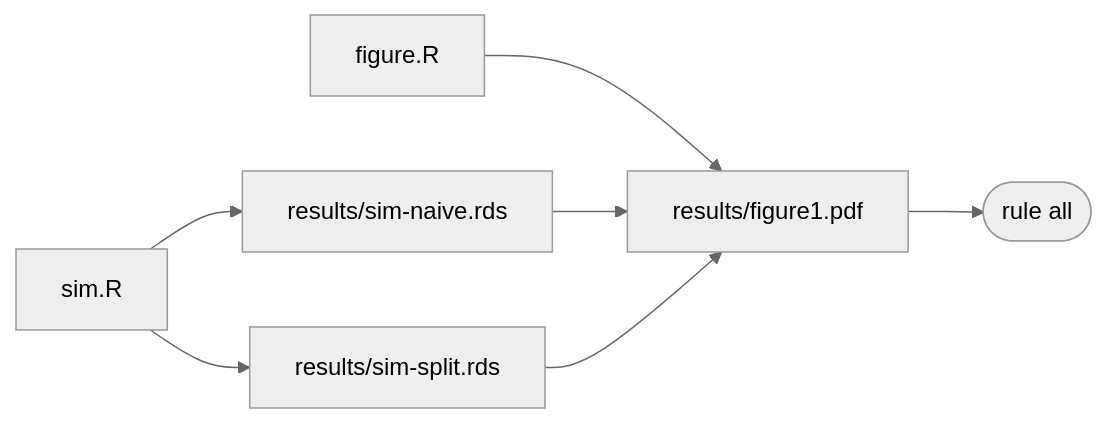
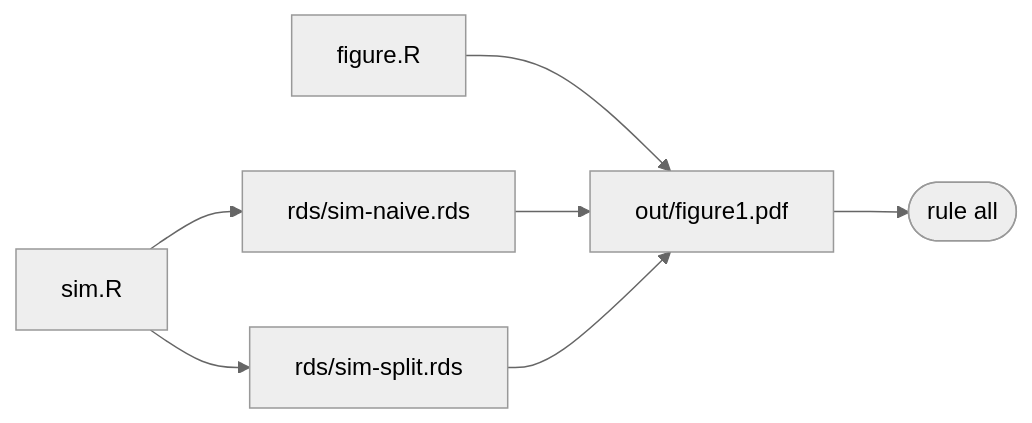
The diagram in 02-first-snakefile.qmd (lharris421/snakemake-tutorial), drawn with Mermaid (neutral theme) before and after one commit. The commit also changed other lines of this file and 63 other files, not shown here.

First line of the commit message:
Split each project's results into rds/ and out/

````diff
--- a/02-first-snakefile.qmd
+++ b/02-first-snakefile.qmd
@@ -69,10 +69,10 @@
 ```{mermaid}
 %%| fig-align: center
 flowchart LR
-  A[sim.R] --> B[results/sim-naive.rds]
-  A --> C[results/sim-split.rds]
-  D[figure.R] --> E[results/figure1.pdf]
+  A[sim.R] --> B[rds/sim-naive.rds]
+  A --> C[rds/sim-split.rds]
+  D[figure.R] --> E[out/figure1.pdf]
   B --> E
   C --> E
   E --> F([rule all])
 ```
````
